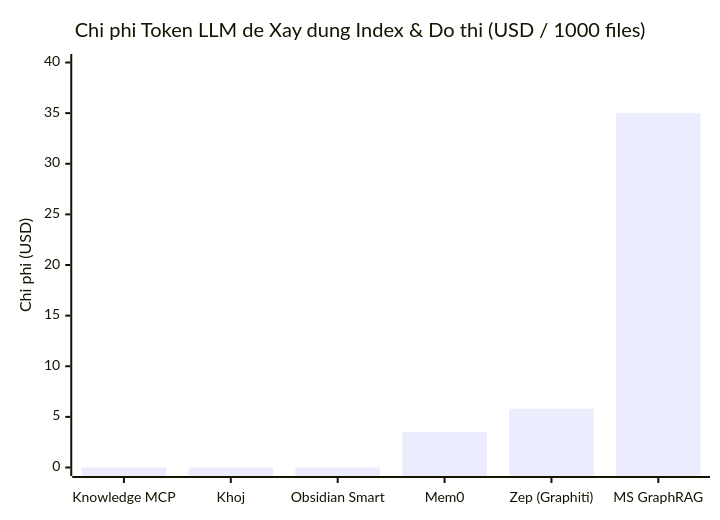
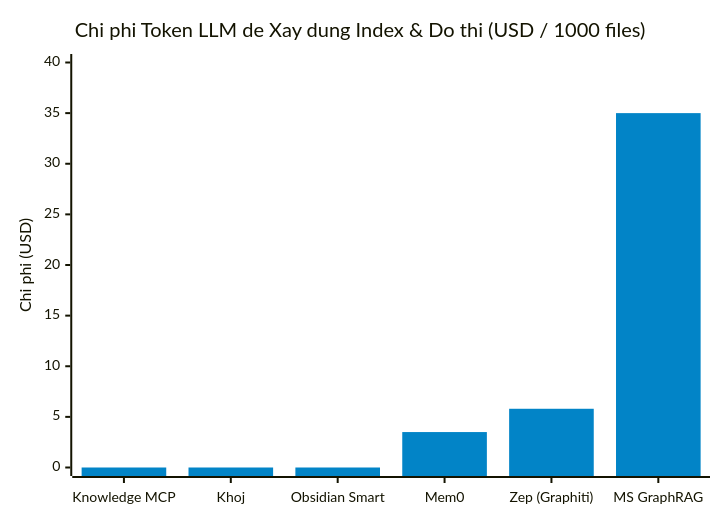
Before and after one commit to congtuuit/knowledge-mcp: the third of 5 diagrams in BENCHMARK_REPORT.md, drawn with Mermaid. The commit also changed other lines of this file and 1 other file, not shown here.

````diff
--- a/BENCHMARK_REPORT.md
+++ b/BENCHMARK_REPORT.md
@@ -63,7 +64,8 @@
 ```mermaid
+%%{init: { "themeVariables": { "xyChart": { "plotColorPalette": "#0284c7" } } } }%%
 xychart-beta
     title "Chi phi Token LLM de Xay dung Index & Do thi (USD / 1000 files)"
     x-axis ["Knowledge MCP", "Khoj", "Obsidian Smart", "Mem0", "Zep (Graphiti)", "MS GraphRAG"]
     y-axis "Chi phi (USD)" 0 --> 40
     bar [0, 0, 0, 3.5, 5.8, 35.0]
 ```
````
